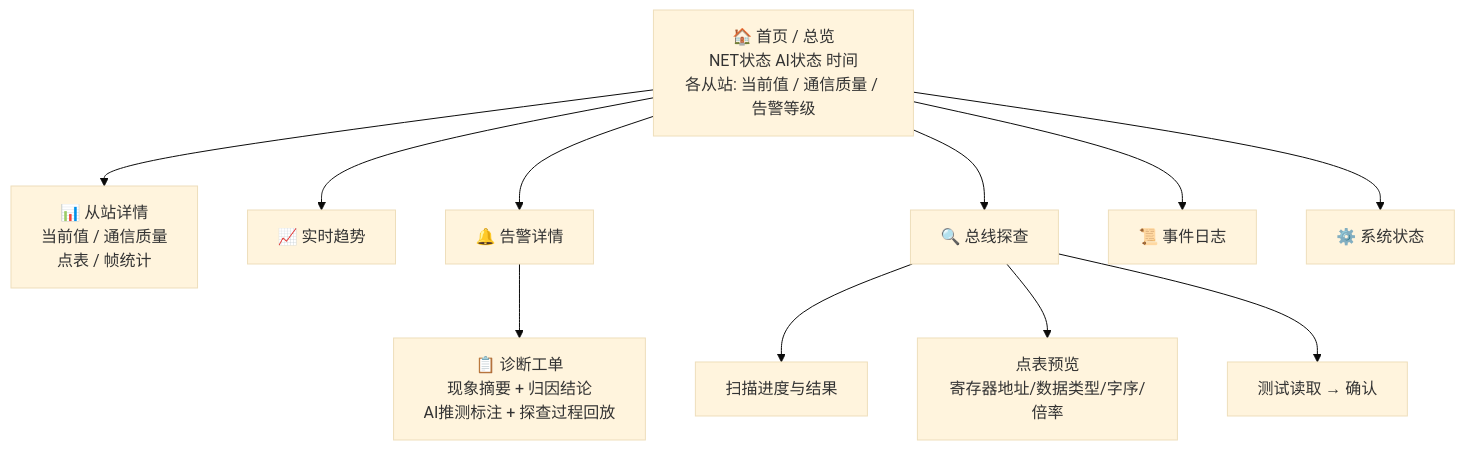
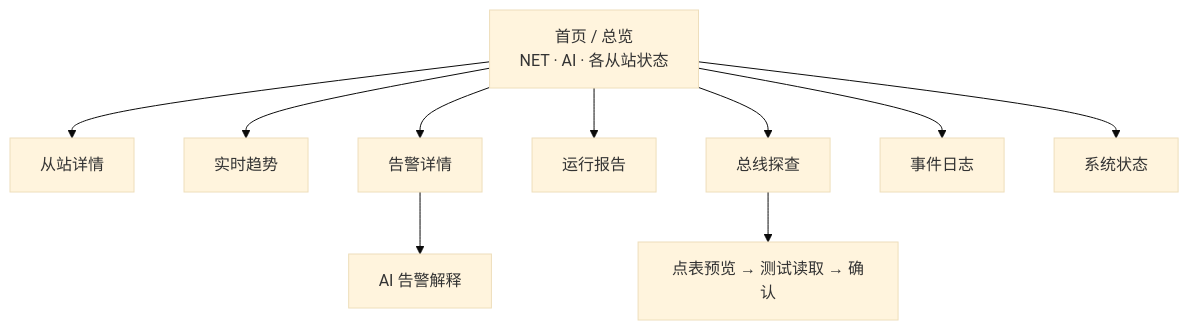
The tenth of 11 diagrams in README.md (FoLeaf/contest2026_004_TeamFalcons), drawn with Mermaid (base theme) before and after one commit. The commit also changed other lines of this file and 337 other files, not shown here.

````diff
--- a/README.md
+++ b/README.md
@@ -331,14 +288,13 @@
 ```mermaid
 graph TD
-    HOME["🏠 首页 / 总览\nNET状态 AI状态 时间\n各从站: 当前值 / 通信质量 / 告警等级"]
-    HOME --> SLAVE["📊 从站详情\n当前值 / 通信质量\n点表 / 帧统计"]
-    HOME --> TREND["📈 实时趋势"]
-    HOME --> ALARM["🔔 告警详情"]
-    ALARM --> TICKET["📋 诊断工单\n现象摘要 + 归因结论\nAI推测标注 + 探查过程回放"]
-    HOME --> SCAN["🔍 总线探查"]
-    SCAN --> PROGRESS["扫描进度与结果"]
-    SCAN --> PREVIEW["点表预览\n寄存器地址/数据类型/字序/倍率"]
-    SCAN --> CONFIRM["测试读取 → 确认"]
-    HOME --> EVENTS["📜 事件日志"]
-    HOME --> SYSINFO["⚙️ 系统状态"]
+    HOME["首页 / 总览<br/>NET · AI · 各从站状态"]
+    HOME --> SLAVE["从站详情"]
+    HOME --> TREND["实时趋势"]
+    HOME --> ALARM["告警详情"]
+    ALARM --> EXPLAIN["AI 告警解释"]
+    HOME --> REPORTS["运行报告"]
+    HOME --> SCAN["总线探查"]
+    SCAN --> PREVIEW["点表预览 → 测试读取 → 确认"]
+    HOME --> EVENTS["事件日志"]
+    HOME --> SYSINFO["系统状态"]
 ```
````
